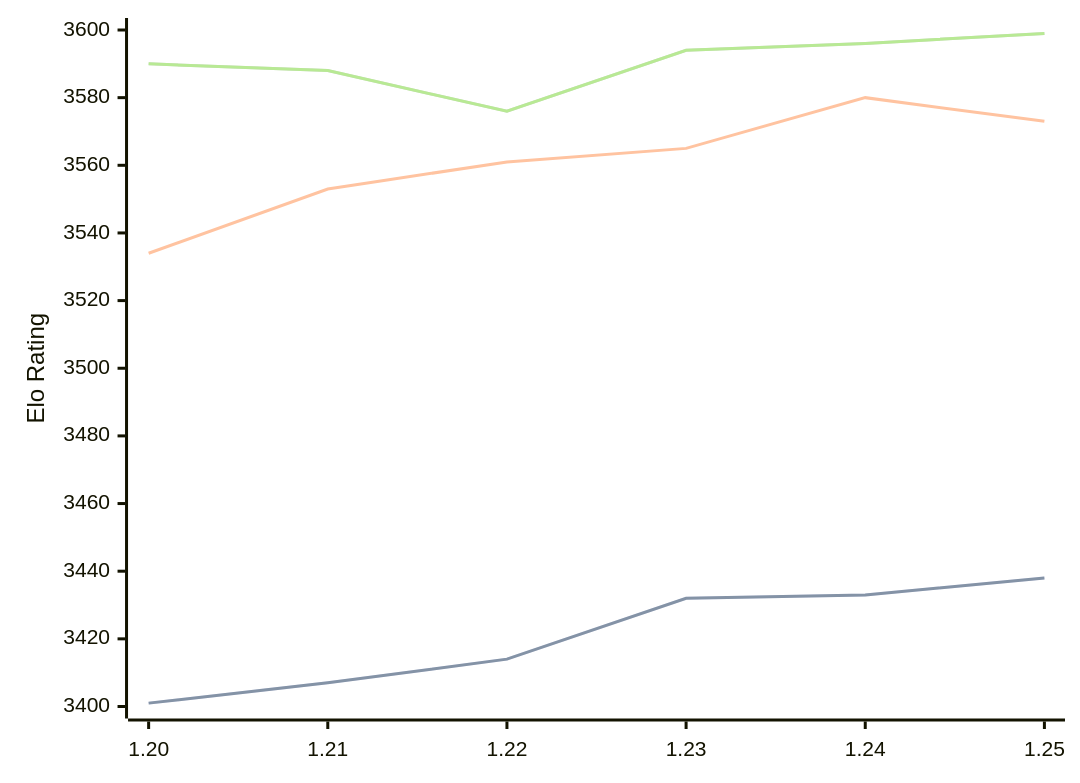
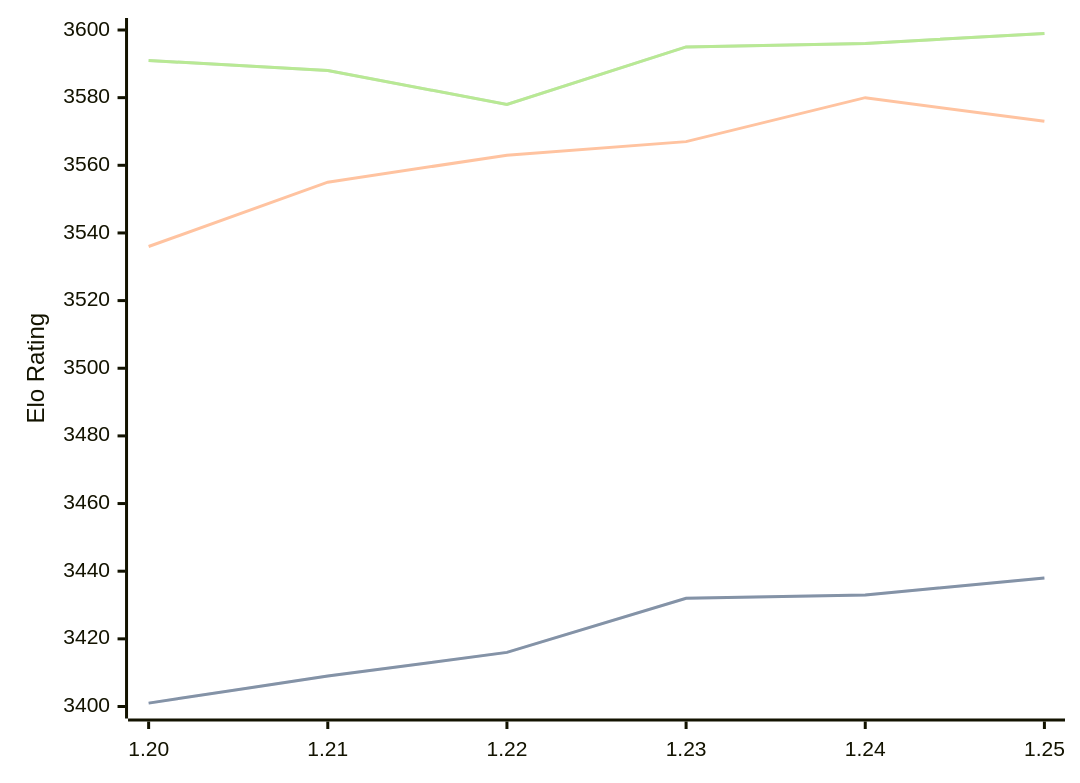
Before and after one commit to computer-chess-index/cci: the diagram in engines/Caissa.md, drawn with Mermaid. The commit also changed other lines of this file, not shown here.

Commit message:
Update CCI Ratings (ELO VLTC) - 2026-05-04

````diff
--- a/engines/Caissa.md
+++ b/engines/Caissa.md
@@ -65,11 +65,11 @@
 ```mermaid
 %%{init: {"theme":"base","themeVariables":{"seriesColors:['#a3a3a3','#222221','#faa371']}}}%%
 xychart-beta
   x-axis ["1.20", "1.21", "1.22", "1.23", "1.24", "1.25"]
   y-axis "Elo Rating" 3400 --> 3600
-  line "STC (8.0+0.08s)" [3401, 3407, 3414, 3432, 3433, 3438]
-  line "STC (8.0+0.08s)" [3401, 3407, 3414, 3432, 3433, 3438]
-  line "LTC (60.0+0.60s)" [3534, 3553, 3561, 3565, 3580, 3573]
-  line "VLTC (2m24s+1.12s)" [3590, 3588, 3576, 3594, 3596, 3599]
-  line "VLTC (2m24s+1.12s)" [3590, 3588, 3576, 3594, 3596, 3599]
+  line "STC (8.0+0.08s)" [3401, 3409, 3416, 3432, 3433, 3438]
+  line "STC (8.0+0.08s)" [3401, 3409, 3416, 3432, 3433, 3438]
+  line "LTC (60.0+0.60s)" [3536, 3555, 3563, 3567, 3580, 3573]
+  line "VLTC (2m24s+1.12s)" [3591, 3588, 3578, 3595, 3596, 3599]
+  line "VLTC (2m24s+1.12s)" [3591, 3588, 3578, 3595, 3596, 3599]
 ```
````
